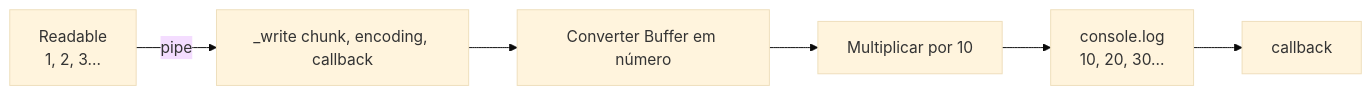
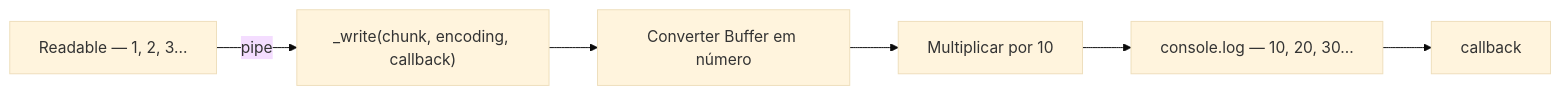
The third of 4 diagrams in src/streams/README.md (van-gomes/fundamentals-node-rocketseat), drawn with Mermaid (base theme) before and after one commit. The commit also changed other lines of this file, not shown here.

````diff
--- a/src/streams/README.md
+++ b/src/streams/README.md
@@ -38,8 +38,8 @@
 ```mermaid
 flowchart LR
-    A[Readable<br/>1, 2, 3...] -->|pipe| B[_write chunk, encoding, callback]
+    A["Readable — 1, 2, 3..."] -->|pipe| B["_write(chunk, encoding, callback)"]
     B --> C[Converter Buffer em número]
     C --> D[Multiplicar por 10]
-    D --> E[console.log<br/>10, 20, 30...]
+    D --> E["console.log — 10, 20, 30..."]
     E --> F[callback]
 ```
````
